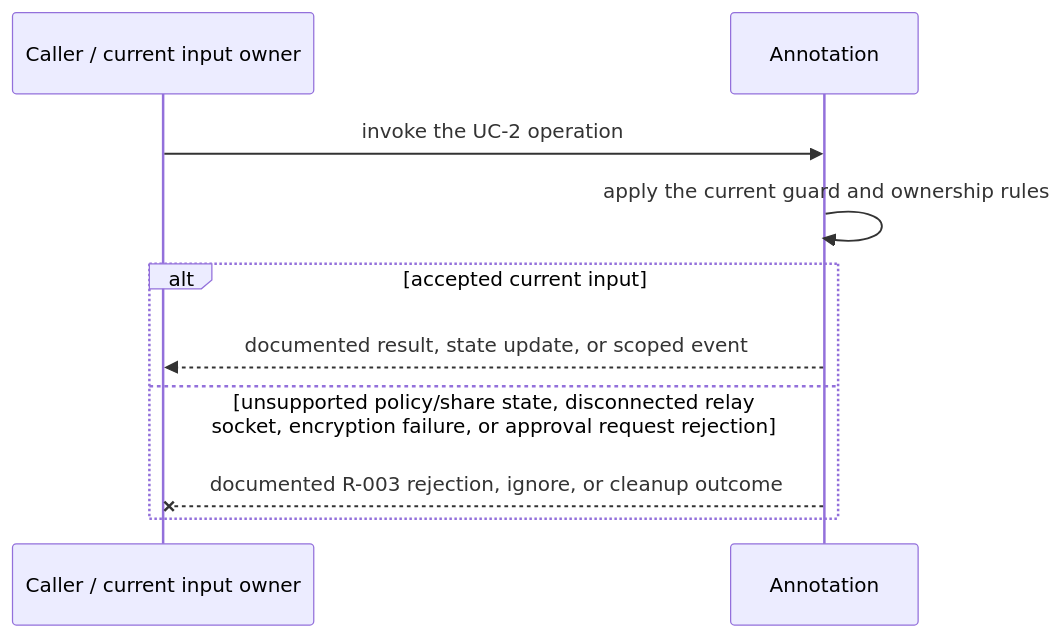
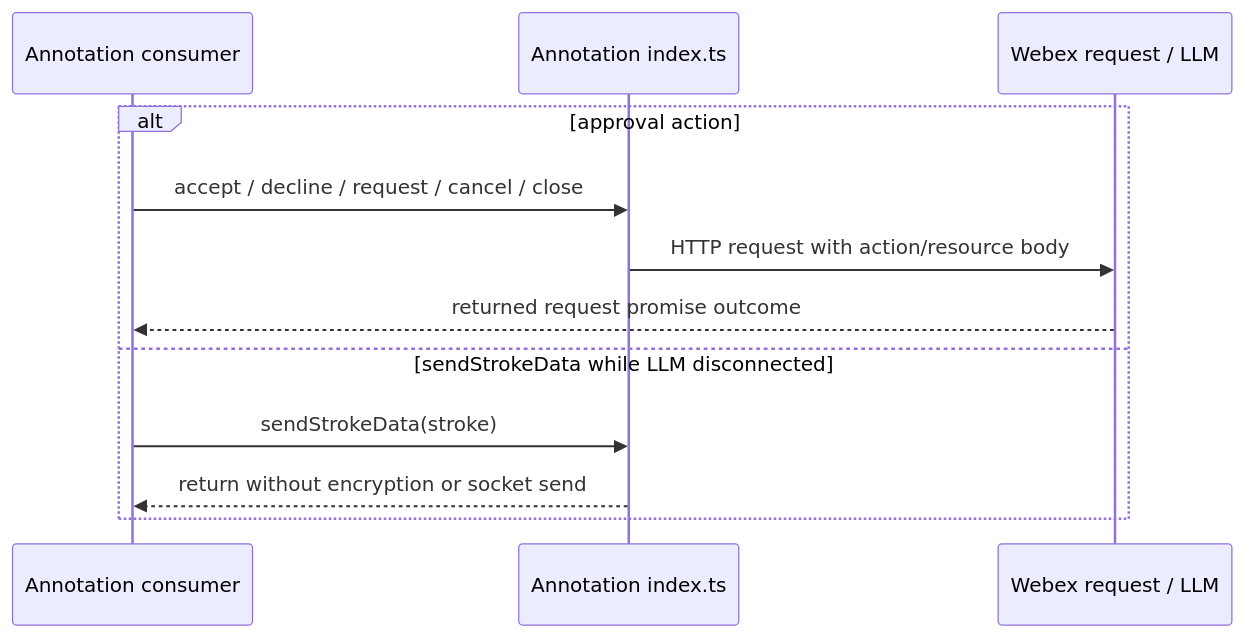
The third of 4 diagrams in packages/@webex/plugin-meetings/src/annotation/ai-docs/annotation-spec.md (webex/webex-js-sdk), drawn with Mermaid before and after one commit. The commit also changed other lines of this file and 24 other files, not shown here.

````diff
--- a/packages/@webex/plugin-meetings/src/annotation/ai-docs/annotation-spec.md
+++ b/packages/@webex/plugin-meetings/src/annotation/ai-docs/annotation-spec.md
@@ -138,12 +150,14 @@
 ```mermaid
 sequenceDiagram
-  participant C as Caller / current input owner
-  participant M as Annotation
-  C->>M: invoke the UC-2 operation
-  M->>M: apply the current guard and ownership rules
-  alt accepted current input
-    M-->>C: documented result, state update, or scoped event
-  else unsupported policy/share state, disconnected relay socket, encryption failure, or approval request rejection
-    M--xC: documented R-003 rejection, ignore, or cleanup outcome
+  participant C as Annotation consumer
+  participant A as Annotation index.ts
+  participant H as Webex request / LLM
+  alt approval action
+    C->>A: accept / decline / request / cancel / close
+    A->>H: HTTP request with action/resource body
+    H-->>C: returned request promise outcome
+  else sendStrokeData while LLM disconnected
+    C->>A: sendStrokeData(stroke)
+    A-->>C: return without encryption or socket send
   end
 ```
````
